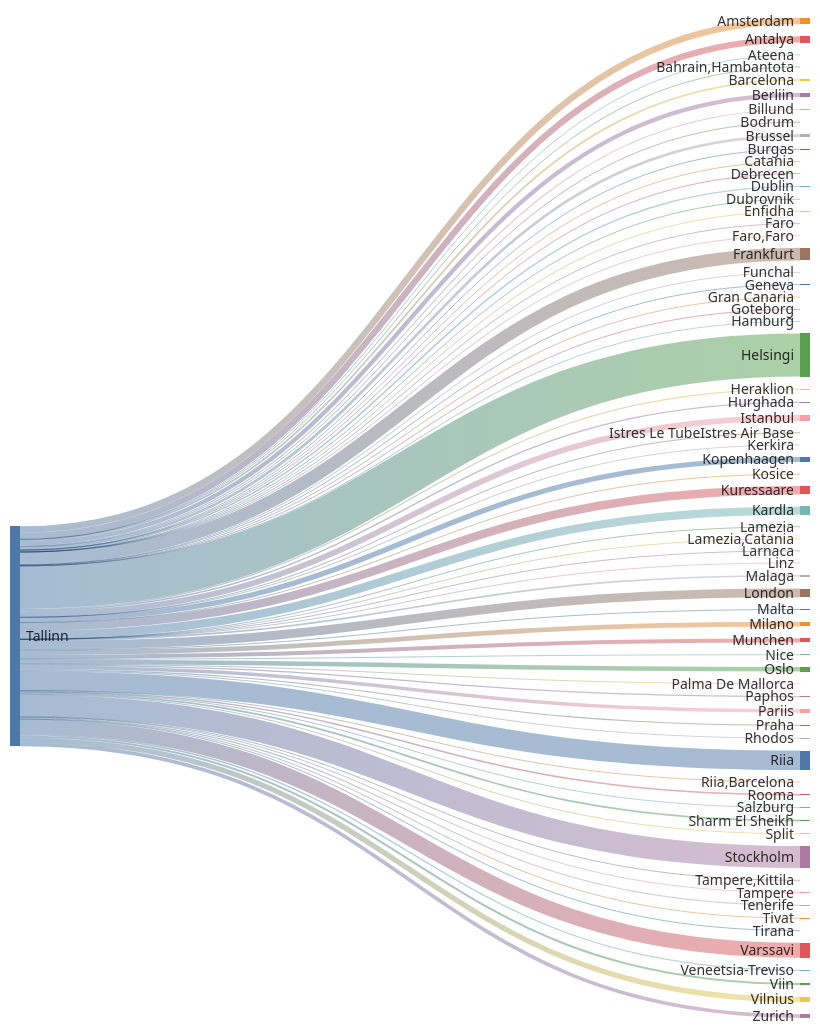
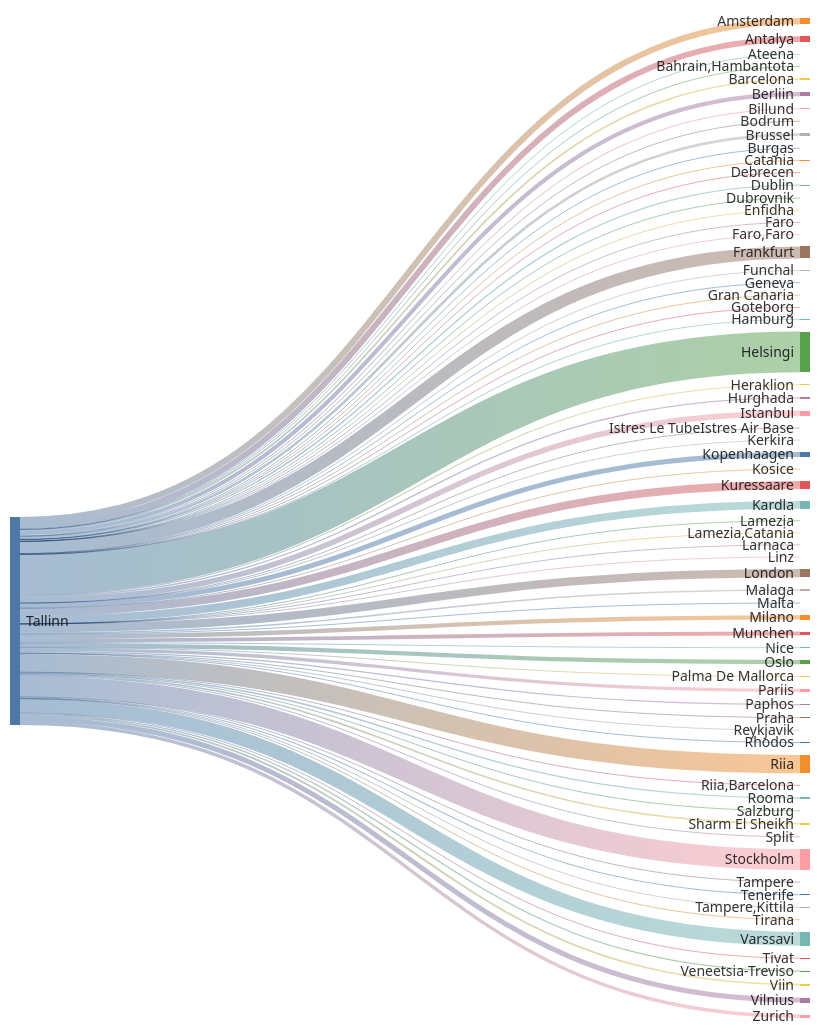
The second of 2 diagrams in README.md (rainermesi/tll-airport-departures), drawn with Mermaid before and after one commit. The commit also changed other lines of this file and 1 other file, not shown here.

````diff
--- a/README.md
+++ b/README.md
@@ -34,79 +34,80 @@
 ```mermaid
 ---
 config:
   sankey:
     showValues: false
     width: 800
     height: 1000
 ---
 sankey-beta
 %% source,target,value
-Tallinn,Amsterdam,347
-Tallinn,Antalya,336
+Tallinn,Amsterdam,349
+Tallinn,Antalya,339
 Tallinn,Ateena,16
 Tallinn,"Bahrain,Hambantota",1
 Tallinn,Barcelona,97
-Tallinn,Berliin,228
+Tallinn,Berliin,230
 Tallinn,Billund,57
 Tallinn,Bodrum,11
 Tallinn,Brussel,149
-Tallinn,Burgas,29
+Tallinn,Burgas,30
 Tallinn,Catania,2
 Tallinn,Debrecen,1
 Tallinn,Dublin,75
 Tallinn,Dubrovnik,21
 Tallinn,Enfidha,7
 Tallinn,Faro,4
 Tallinn,"Faro,Faro",1
-Tallinn,Frankfurt,684
+Tallinn,Frankfurt,687
 Tallinn,Funchal,5
 Tallinn,Geneva,13
 Tallinn,Gran Canaria,38
 Tallinn,Goteborg,1
 Tallinn,Hamburg,2
-Tallinn,Helsingi,2306
-Tallinn,Heraklion,61
+Tallinn,Helsingi,2316
+Tallinn,Heraklion,62
 Tallinn,Hurghada,75
-Tallinn,Istanbul,308
+Tallinn,Istanbul,309
 Tallinn,Istres Le TubeIstres Air Base,2
 Tallinn,Kerkira,4
-Tallinn,Kopenhaagen,279
+Tallinn,Kopenhaagen,282
 Tallinn,Kosice,1
-Tallinn,Kuressaare,445
-Tallinn,Kardla,445
+Tallinn,Kuressaare,447
+Tallinn,Kardla,447
 Tallinn,Lamezia,1
 Tallinn,"Lamezia,Catania",3
 Tallinn,Larnaca,4
 Tallinn,Linz,2
-Tallinn,London,471
+Tallinn,London,472
 Tallinn,Malaga,90
 Tallinn,Malta,19
-Tallinn,Milano,252
-Tallinn,Munchen,215
-Tallinn,Nice,32
-Tallinn,Oslo,241
+Tallinn,Milano,253
+Tallinn,Munchen,217
+Tallinn,Nice,33
+Tallinn,Oslo,242
 Tallinn,Palma De Mallorca,23
 Tallinn,Paphos,66
-Tallinn,Pariis,189
+Tallinn,Pariis,190
 Tallinn,Praha,60
+Tallinn,Reykjavik,1
 Tallinn,Rhodos,40
-Tallinn,Riia,1039
+Tallinn,Riia,1043
 Tallinn,"Riia,Barcelona",1
 Tallinn,Rooma,80
 Tallinn,Salzburg,14
 Tallinn,Sharm El Sheikh,94
 Tallinn,Split,33
-Tallinn,Stockholm,1178
+Tallinn,Stockholm,1183
 Tallinn,Tampere,17
 Tallinn,"Tampere,Kittila",21
 Tallinn,Tenerife,58
 Tallinn,Tirana,13
 Tallinn,Tivat,37
-Tallinn,Varssavi,798
+Tallinn,Varssavi,801
 Tallinn,Veneetsia-Treviso,67
 Tallinn,Viin,106
-Tallinn,Vilnius,285
-Tallinn,Zurich,195
+Tallinn,Vilnius,287
+Tallinn,Zurich,196
 
 
 ```
````
